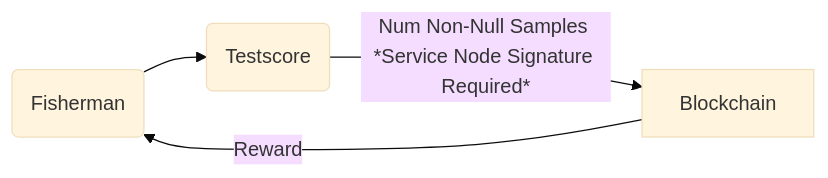
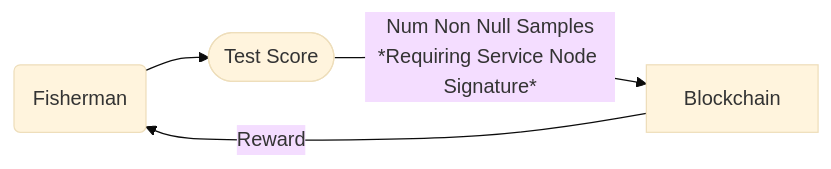
One commit to pokt-network/pocket-network-protocol changed the fifth of 5 diagrams in utility/README.md. Above: the diagram before and after it, drawn with Mermaid (base theme).

````diff
--- a/utility/README.md
+++ b/utility/README.md
@@ -223,6 +223,10 @@
 ```mermaid
 graph LR
-    E--> B(Testscore)
-    B -->|Num Non-Null Samples *Service Node Signature Required*|D[Blockchain]
-    D -->|Reward| E(Fisherman)
+    Fish(Fisherman)
+    TS([Test Score])
+    B[Blockchain]
+
+    Fish --> TS
+    TS -- Num Non Null Samples<br>*Requiring Service Node Signature* -->B
+    B -- Reward --> Fish
 ```
````
